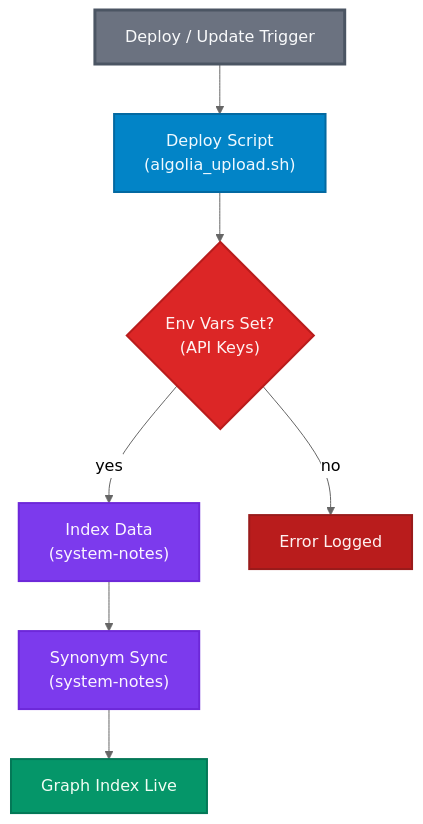
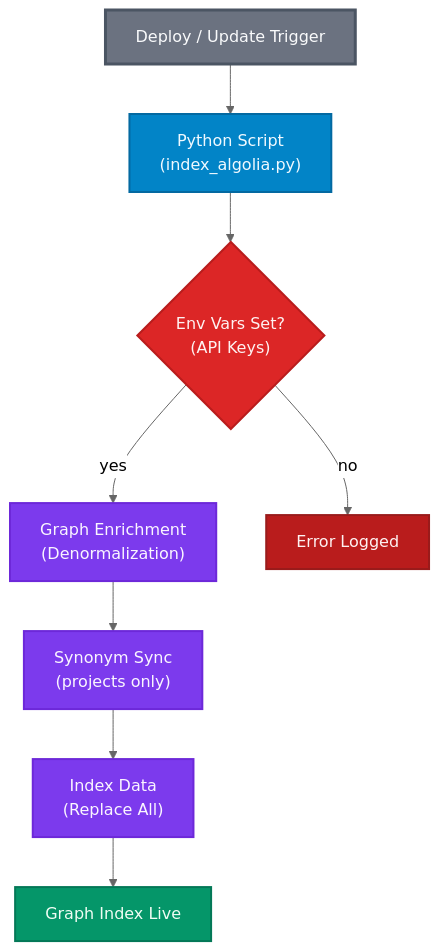
The diagram in apps/api/algolia/diagrams/upload-workflow.md (anchildress1/system-notes), drawn with Mermaid (neutral theme) before and after one commit. The commit also changed 15 other files, not shown here.

First line of the commit message:
feat(algolia): implement graph rag workflow and optimize agent prompt

````diff
--- a/apps/api/algolia/diagrams/upload-workflow.md
+++ b/apps/api/algolia/diagrams/upload-workflow.md
@@ -6,36 +6,38 @@
 ```mermaid
 graph TD
     accTitle: Algolia Upload Workflow
     accDescr: The automated workflow using the Python indexing script
 
     Trigger["Deploy / Update Trigger"]:::trigger
 
     %% Script path
-    Script["Deploy Script<br/>(algolia_upload.sh)"]:::method
+    Script["Python Script<br/>(index_algolia.py)"]:::method
 
     %% Steps
     Validation{"Env Vars Set?<br/>(API Keys)"}:::decision
-    IndexSync["Index Data<br/>(system-notes)"]:::step
-    SynonymSync["Synonym Sync<br/>(system-notes)"]:::step
+    GraphBuild["Graph Enrichment<br/>(Denormalization)"]:::step
+    SynonymSync["Synonym Sync<br/>(projects only)"]:::step
+    IndexSync["Index Data<br/>(Replace All)"]:::step
 
     %% Outcomes
     Success["Graph Index Live"]:::success
     Fail["Error Logged"]:::fail
 
     %% Flow
     Trigger --> Script
     Script --> Validation
-    Validation -->|yes| IndexSync
+    Validation -->|yes| GraphBuild
     Validation -->|no| Fail
 
-    IndexSync --> SynonymSync
-    SynonymSync --> Success
+    GraphBuild --> SynonymSync
+    SynonymSync --> IndexSync
+    IndexSync --> Success
 
     %% Styles
     classDef trigger fill:#6b7280,stroke:#4b5563,stroke-width:3px,color:#f9fafb
     classDef method fill:#0284c7,stroke:#0369a1,stroke-width:2px,color:#f0f9ff
     classDef decision fill:#dc2626,stroke:#b91c1c,stroke-width:2px,color:#fef2f2
     classDef step fill:#7c3aed,stroke:#6d28d9,stroke-width:2px,color:#faf5ff
     classDef success fill:#059669,stroke:#047857,stroke-width:2px,color:#f0fdf4
     classDef fail fill:#b91c1c,stroke:#991b1b,stroke-width:2px,color:#fef2f2
 ```
````
